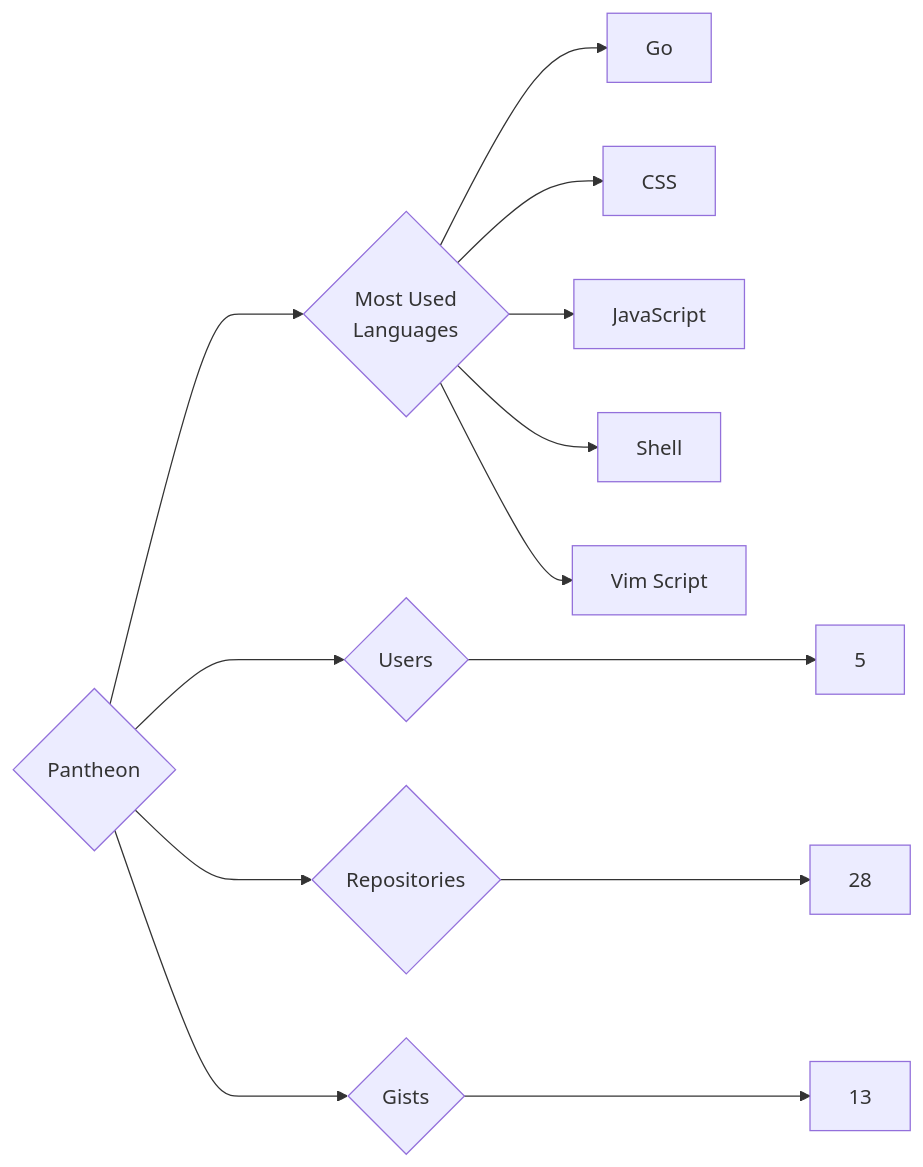
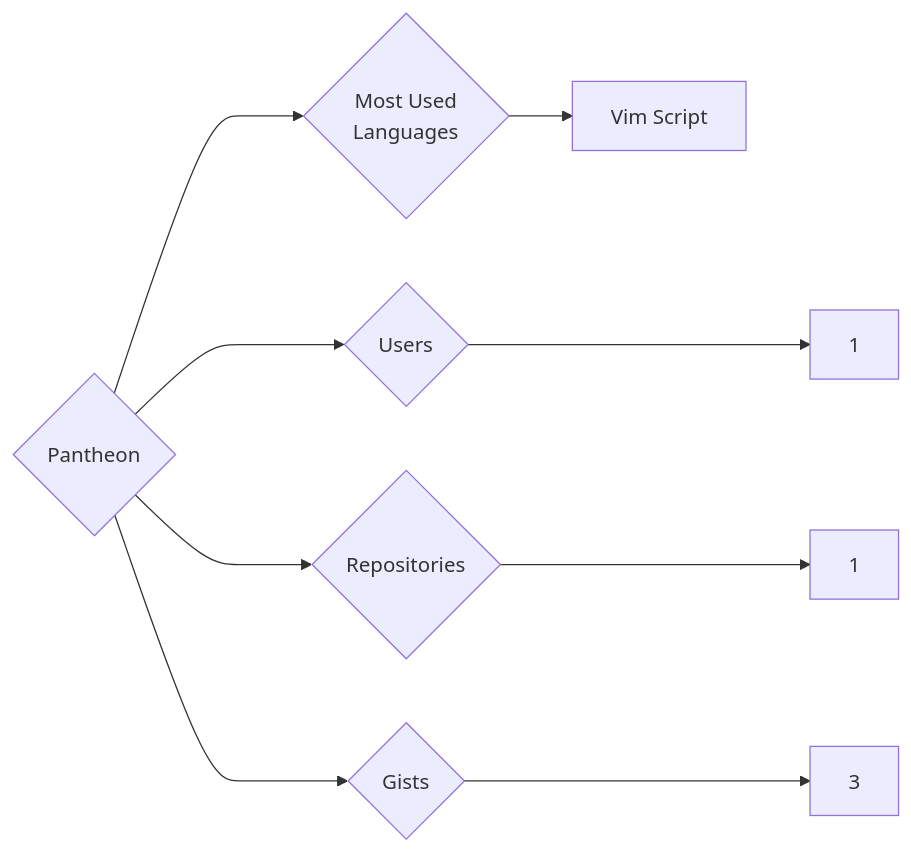
The diagram in targets/Pantheon/README.md (trickest/insiders), drawn with Mermaid before and after one commit. The commit also changed 815 other files, not shown here.

````diff
--- a/targets/Pantheon/README.md
+++ b/targets/Pantheon/README.md
@@ -3,13 +3,9 @@
 ```mermaid
 graph LR
 COMPANY_NAME{Pantheon}
-COMPANY_NAME ---> U{Users} ---> UN[5]
-COMPANY_NAME ---> R{Repositories} ---> RN[28]
-COMPANY_NAME ---> G{Gists} ---> GN[13]
+COMPANY_NAME ---> U{Users} ---> UN[1]
+COMPANY_NAME ---> R{Repositories} ---> RN[1]
+COMPANY_NAME ---> G{Gists} ---> GN[3]
 COMPANY_NAME ---> ML{Most Used<br>Languages}
-ML --> Go[Go]
-ML --> CSS[CSS]
-ML --> JavaScript[JavaScript]
-ML --> Shell[Shell]
 ML --> Vim_Script[Vim Script]
 ```
````
